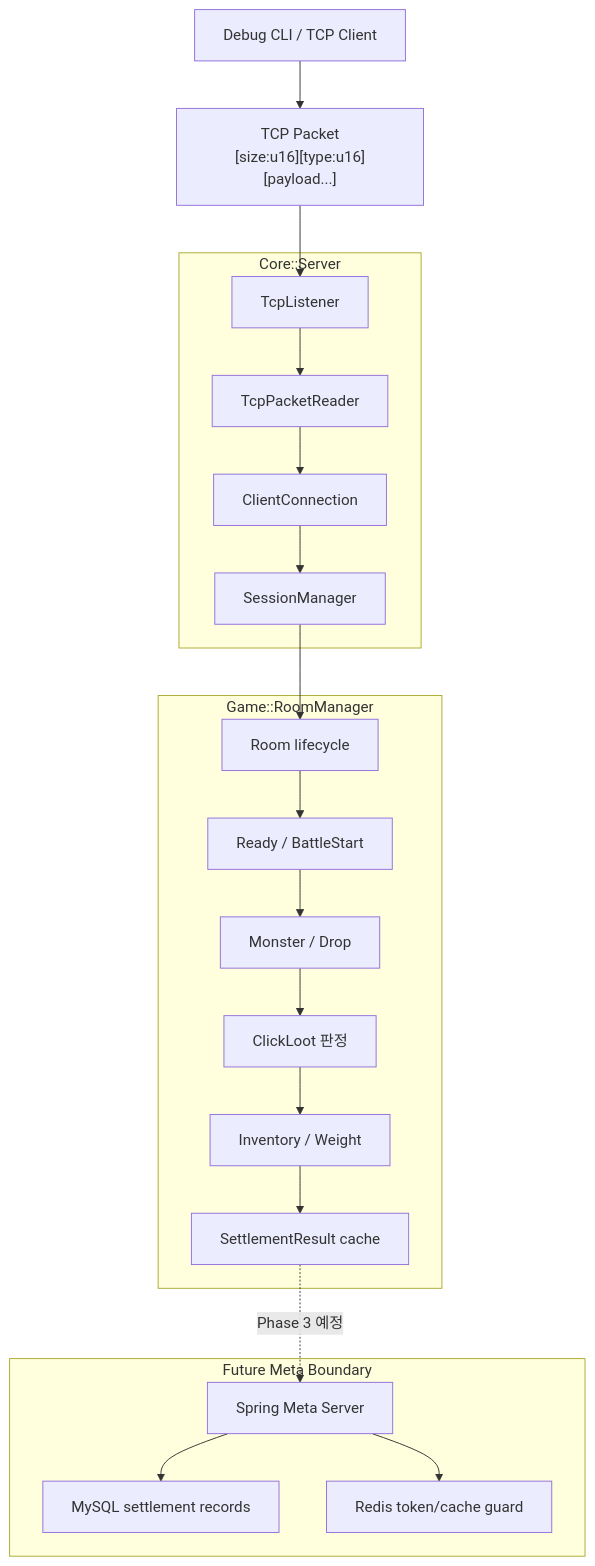
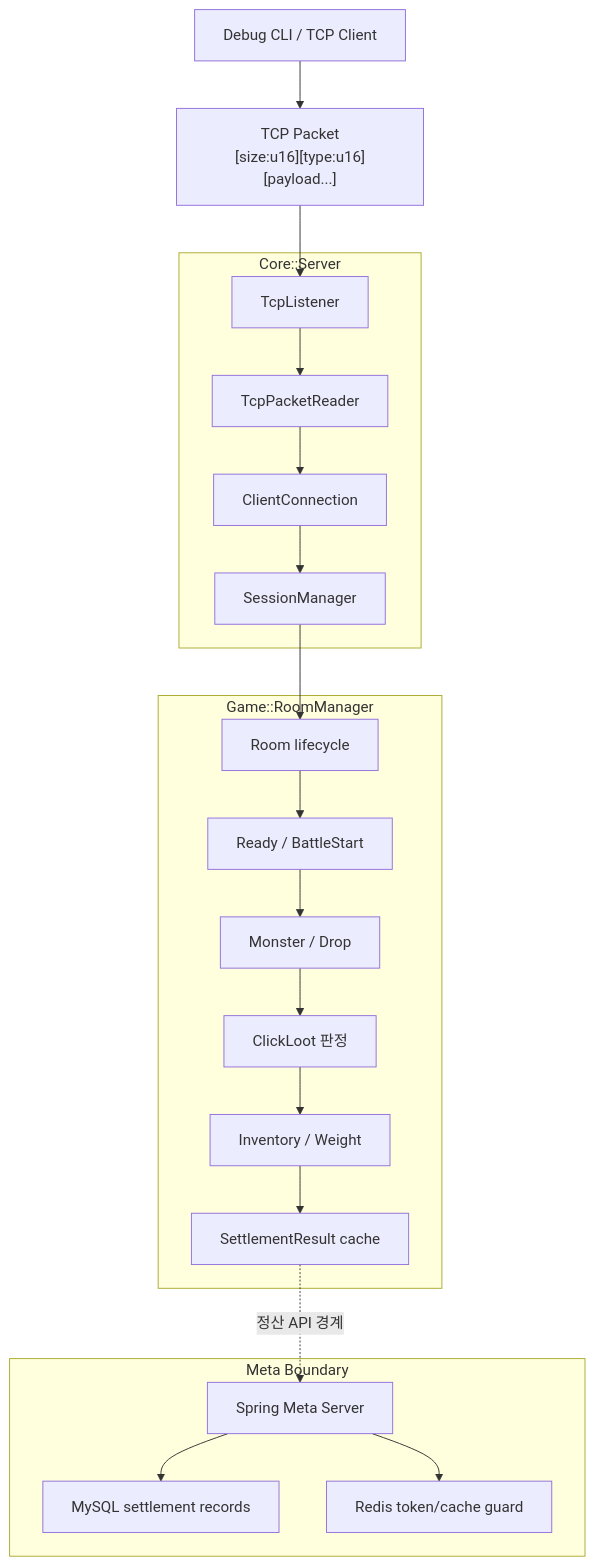
The first of 2 diagrams in README.md (FASD92/Loot-of-Legends-public), drawn with Mermaid before and after one commit. The commit also changed other lines of this file and 108 other files, not shown here.

````diff
--- a/README.md
+++ b/README.md
@@ -85,46 +85,46 @@
 ```mermaid
 flowchart TD
     Client["Debug CLI / TCP Client"]
     Packet["TCP Packet<br/>[size:u16][type:u16][payload...]"]
 
     Client --> Packet
 
     subgraph CoreServer["Core::Server"]
         TcpListener["TcpListener"]
         TcpPacketReader["TcpPacketReader"]
         ClientConnection["ClientConnection"]
         SessionManager["SessionManager"]
 
         TcpListener --> TcpPacketReader
         TcpPacketReader --> ClientConnection
         ClientConnection --> SessionManager
     end
 
     subgraph RoomManager["Game::RoomManager"]
         RoomLifecycle["Room lifecycle"]
         ReadyBattle["Ready / BattleStart"]
         MonsterDrop["Monster / Drop"]
         ClickLoot["ClickLoot 판정"]
         InventoryWeight["Inventory / Weight"]
         SettlementCache["SettlementResult cache"]
 
         RoomLifecycle --> ReadyBattle
         ReadyBattle --> MonsterDrop
         MonsterDrop --> ClickLoot
         ClickLoot --> InventoryWeight
         InventoryWeight --> SettlementCache
     end
 
-    subgraph FutureMeta["Future Meta Boundary"]
+    subgraph FutureMeta["Meta Boundary"]
         SpringMeta["Spring Meta Server"]
         MySQL["MySQL settlement records"]
         Redis["Redis token/cache guard"]
 
         SpringMeta --> MySQL
         SpringMeta --> Redis
     end
 
     Packet --> TcpListener
     SessionManager --> RoomLifecycle
-    SettlementCache -. "Phase 3 예정" .-> SpringMeta
+    SettlementCache -. "정산 API 경계" .-> SpringMeta
 ```
````
